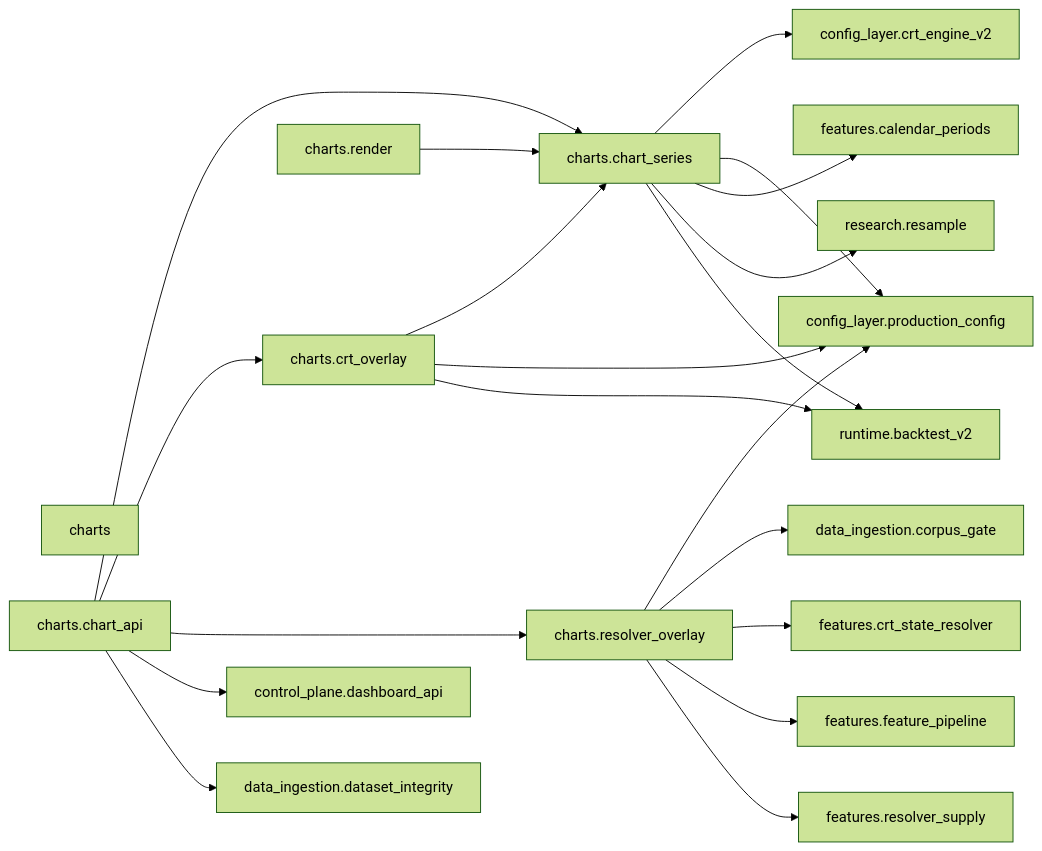
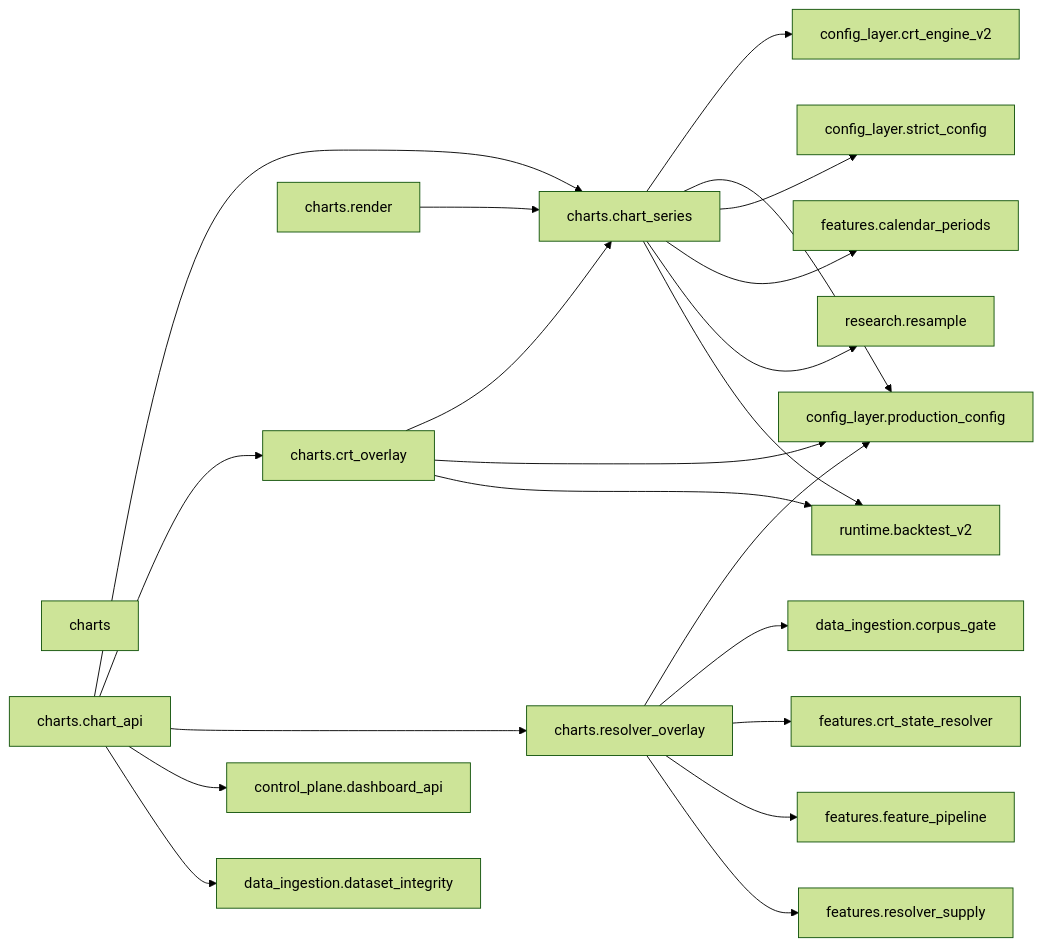
One commit to Chaithu1995-0312/TradeHlt changed the fifth of 41 diagrams in docs/architecture/code-map.generated.md. Above: the diagram before and after it, drawn with Mermaid (forest theme). The commit also changed other lines of this file and 6 other files, not shown here.

````diff
--- a/docs/architecture/code-map.generated.md
+++ b/docs/architecture/code-map.generated.md
@@ -445,39 +467,41 @@
 ```mermaid
 flowchart LR
     charts["charts"]
     charts_chart_api["charts.chart_api"]
     charts_chart_series["charts.chart_series"]
     charts_crt_overlay["charts.crt_overlay"]
     charts_render["charts.render"]
     charts_resolver_overlay["charts.resolver_overlay"]
     config_layer_crt_engine_v2["config_layer.crt_engine_v2"]
     config_layer_production_config["config_layer.production_config"]
+    config_layer_strict_config["config_layer.strict_config"]
     control_plane_dashboard_api["control_plane.dashboard_api"]
     data_ingestion_corpus_gate["data_ingestion.corpus_gate"]
     data_ingestion_dataset_integrity["data_ingestion.dataset_integrity"]
     features_calendar_periods["features.calendar_periods"]
     features_crt_state_resolver["features.crt_state_resolver"]
     features_feature_pipeline["features.feature_pipeline"]
     features_resolver_supply["features.resolver_supply"]
     research_resample["research.resample"]
     runtime_backtest_v2["runtime.backtest_v2"]
     charts_chart_api --> charts_chart_series
     charts_chart_api --> charts_crt_overlay
     charts_chart_api --> charts_resolver_overlay
     charts_chart_api --> control_plane_dashboard_api
     charts_chart_api --> data_ingestion_dataset_integrity
     charts_chart_series --> config_layer_crt_engine_v2
     charts_chart_series --> config_layer_production_config
+    charts_chart_series --> config_layer_strict_config
     charts_chart_series --> features_calendar_periods
     charts_chart_series --> research_resample
     charts_chart_series --> runtime_backtest_v2
     charts_crt_overlay --> charts_chart_series
     charts_crt_overlay --> config_layer_production_config
     charts_crt_overlay --> runtime_backtest_v2
     charts_render --> charts_chart_series
     charts_resolver_overlay --> config_layer_production_config
     charts_resolver_overlay --> data_ingestion_corpus_gate
     charts_resolver_overlay --> features_crt_state_resolver
     charts_resolver_overlay --> features_feature_pipeline
     charts_resolver_overlay --> features_resolver_supply
 ```
````
